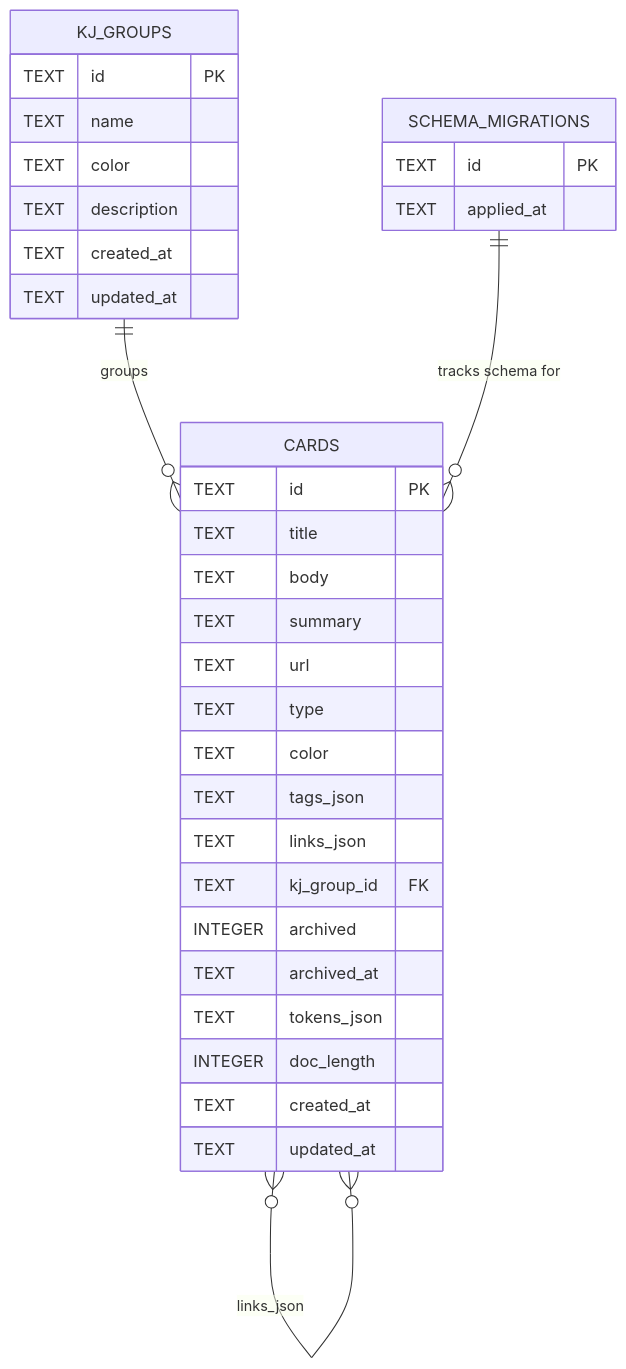
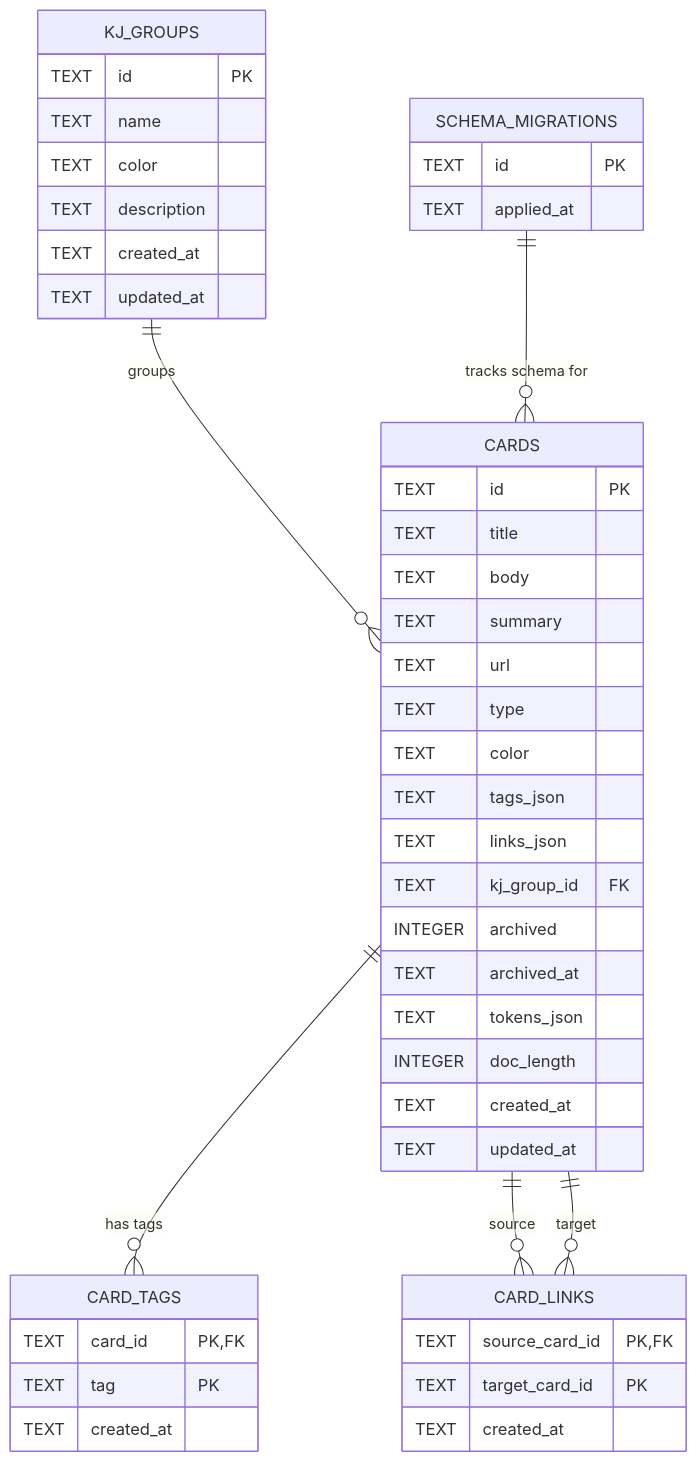
Before and after one commit to jinghaodao-tech/my-search_public: the second of 3 diagrams in README.md, drawn with Mermaid. The commit also changed other lines of this file and 6 other files, not shown here.

Commit message:
Normalize card tags and links

````diff
--- a/README.md
+++ b/README.md
@@ -73,39 +73,53 @@
 ```mermaid
 erDiagram
   KJ_GROUPS ||--o{ CARDS : "groups"
-  CARDS }o--o{ CARDS : "links_json"
+  CARDS ||--o{ CARD_TAGS : "has tags"
+  CARDS ||--o{ CARD_LINKS : "source"
+  CARDS ||--o{ CARD_LINKS : "target"
   SCHEMA_MIGRATIONS ||--o{ CARDS : "tracks schema for"
 
   CARDS {
     TEXT id PK
     TEXT title
     TEXT body
     TEXT summary
     TEXT url
     TEXT type
     TEXT color
     TEXT tags_json
     TEXT links_json
     TEXT kj_group_id FK
     INTEGER archived
     TEXT archived_at
     TEXT tokens_json
     INTEGER doc_length
     TEXT created_at
     TEXT updated_at
   }
 
+  CARD_TAGS {
+    TEXT card_id PK,FK
+    TEXT tag PK
+    TEXT created_at
+  }
+
+  CARD_LINKS {
+    TEXT source_card_id PK,FK
+    TEXT target_card_id PK
+    TEXT created_at
+  }
+
   KJ_GROUPS {
     TEXT id PK
     TEXT name
     TEXT color
     TEXT description
     TEXT created_at
     TEXT updated_at
   }
 
   SCHEMA_MIGRATIONS {
     TEXT id PK
     TEXT applied_at
   }
 ```
````
